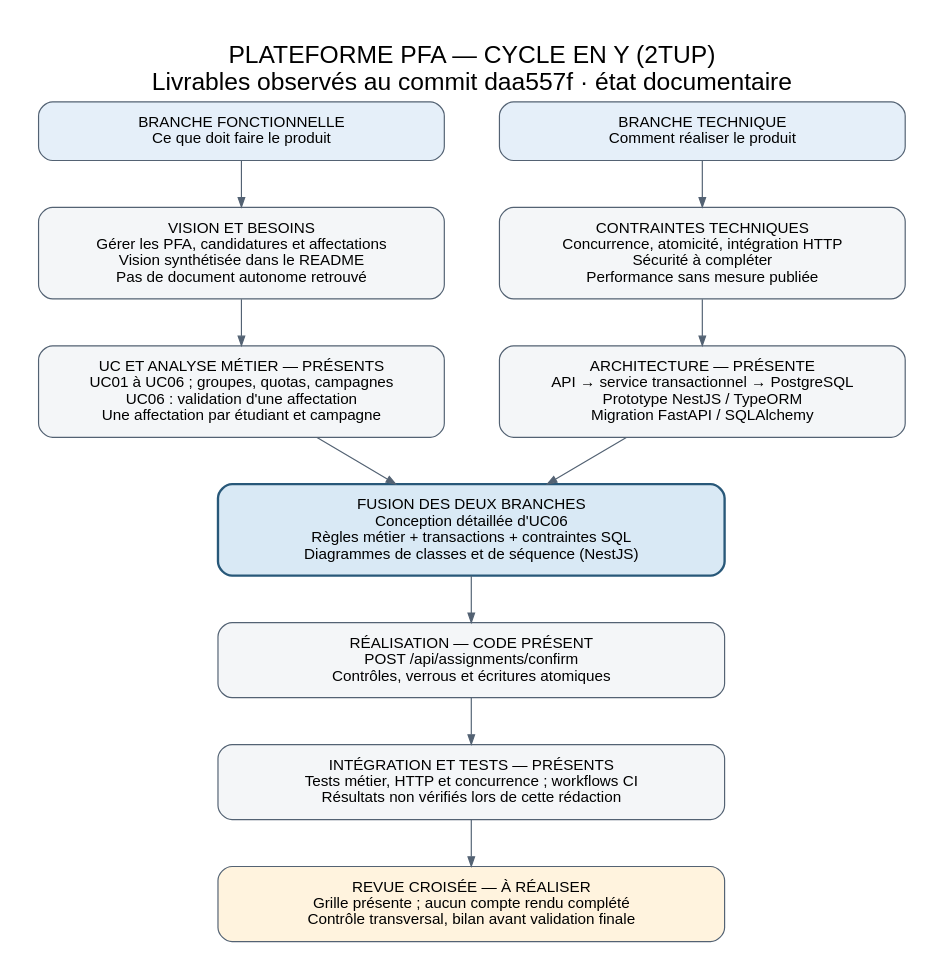
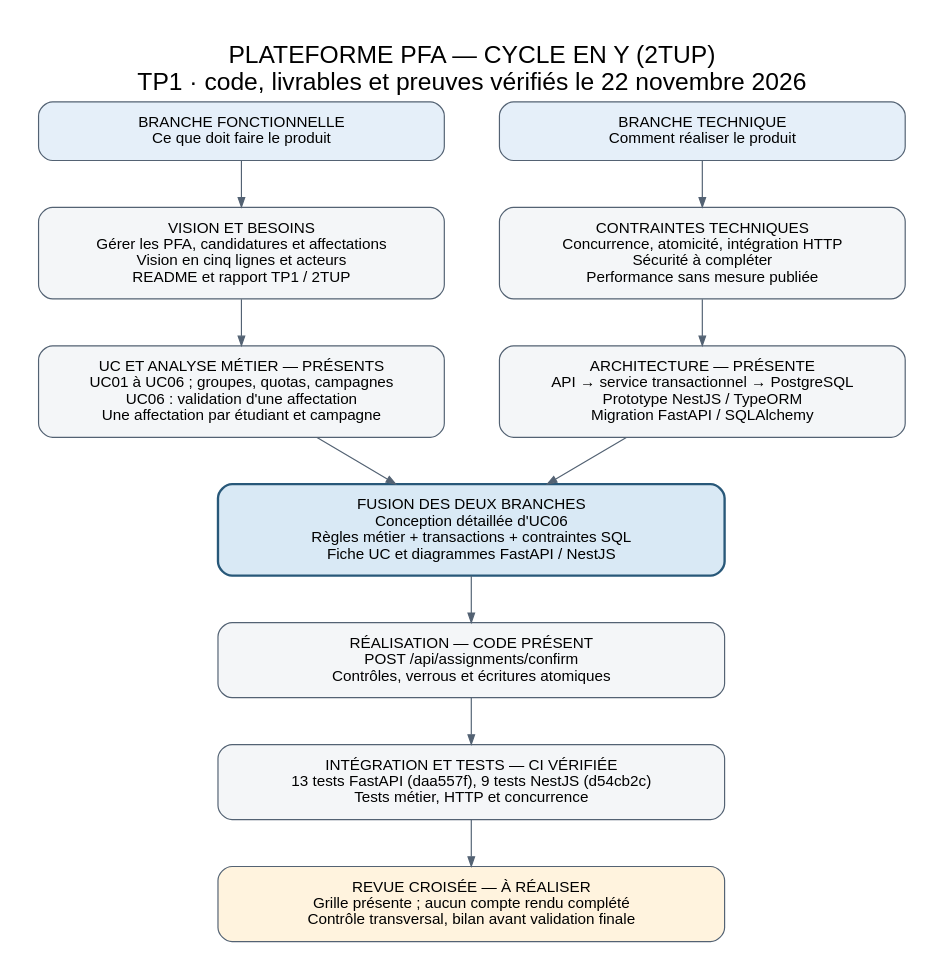
One commit to babbouomar12/pfa-management-platform changed the diagram in docs/uml/cycle-en-y-pfa.dot. Above: the diagram before and after it, drawn with Graphviz. The commit also changed 12 other files, not shown here.

```diff
--- a/docs/uml/cycle-en-y-pfa.dot
+++ b/docs/uml/cycle-en-y-pfa.dot
@@ -1,32 +1,32 @@
 digraph CycleY {
   graph [rankdir=TB, bgcolor="white", pad="0.35", nodesep="0.65", ranksep="0.55",
-    label="PLATEFORME PFA — CYCLE EN Y (2TUP)\nLivrables observés au commit daa557f · état documentaire",
+    label="PLATEFORME PFA — CYCLE EN Y (2TUP)\nTP1 · code, livrables et preuves vérifiés le 22 novembre 2026",
     labelloc=t, fontsize=21, fontname="Arial"];
   node [shape=box, style="rounded,filled", fillcolor="#F4F6F8", color="#536273",
     fontname="Arial", fontsize=13, margin="0.20,0.15", width=4.8];
   edge [color="#536273", arrowsize=0.8, fontname="Arial", fontsize=11];
 
   functional [label="BRANCHE FONCTIONNELLE\nCe que doit faire le produit", fillcolor="#E5EFF9"];
   technical [label="BRANCHE TECHNIQUE\nComment réaliser le produit", fillcolor="#E5EFF9"];
   {rank=same; functional; technical;}
 
-  vision [label="VISION ET BESOINS\nGérer les PFA, candidatures et affectations\nVision synthétisée dans le README\nPas de document autonome retrouvé"];
+  vision [label="VISION ET BESOINS\nGérer les PFA, candidatures et affectations\nVision en cinq lignes et acteurs\nREADME et rapport TP1 / 2TUP"];
   constraints [label="CONTRAINTES TECHNIQUES\nConcurrence, atomicité, intégration HTTP\nSécurité à compléter\nPerformance sans mesure publiée"];
   {rank=same; vision; constraints;}
 
   usecases [label="UC ET ANALYSE MÉTIER — PRÉSENTS\nUC01 à UC06 ; groupes, quotas, campagnes\nUC06 : validation d'une affectation\nUne affectation par étudiant et campagne"];
   architecture [label="ARCHITECTURE — PRÉSENTE\nAPI → service transactionnel → PostgreSQL\nPrototype NestJS / TypeORM\nMigration FastAPI / SQLAlchemy"];
   {rank=same; usecases; architecture;}
 
-  fusion [label="FUSION DES DEUX BRANCHES\nConception détaillée d'UC06\nRègles métier + transactions + contraintes SQL\nDiagrammes de classes et de séquence (NestJS)",
+  fusion [label="FUSION DES DEUX BRANCHES\nConception détaillée d'UC06\nRègles métier + transactions + contraintes SQL\nFiche UC et diagrammes FastAPI / NestJS",
     fillcolor="#D9E9F5", color="#285879", penwidth=2, width=6.0];
   implementation [label="RÉALISATION — CODE PRÉSENT\nPOST /api/assignments/confirm\nContrôles, verrous et écritures atomiques", width=6.0];
-  tests [label="INTÉGRATION ET TESTS — PRÉSENTS\nTests métier, HTTP et concurrence ; workflows CI\nRésultats non vérifiés lors de cette rédaction", width=6.0];
+  tests [label="INTÉGRATION ET TESTS — CI VÉRIFIÉE\n13 tests FastAPI (daa557f), 9 tests NestJS (d54cb2c)\nTests métier, HTTP et concurrence", width=6.0];
   review [label="REVUE CROISÉE — À RÉALISER\nGrille présente ; aucun compte rendu complété\nContrôle transversal, bilan avant validation finale", fillcolor="#FFF3DE", width=6.0];
 
   functional -> vision -> usecases;
   technical -> constraints -> architecture;
   usecases -> fusion;
   architecture -> fusion;
   fusion -> implementation -> tests -> review;
 }
```
